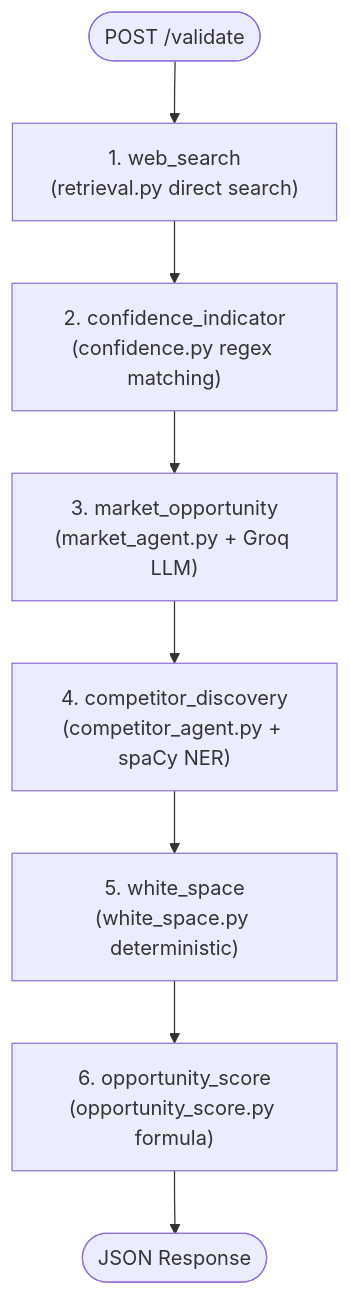
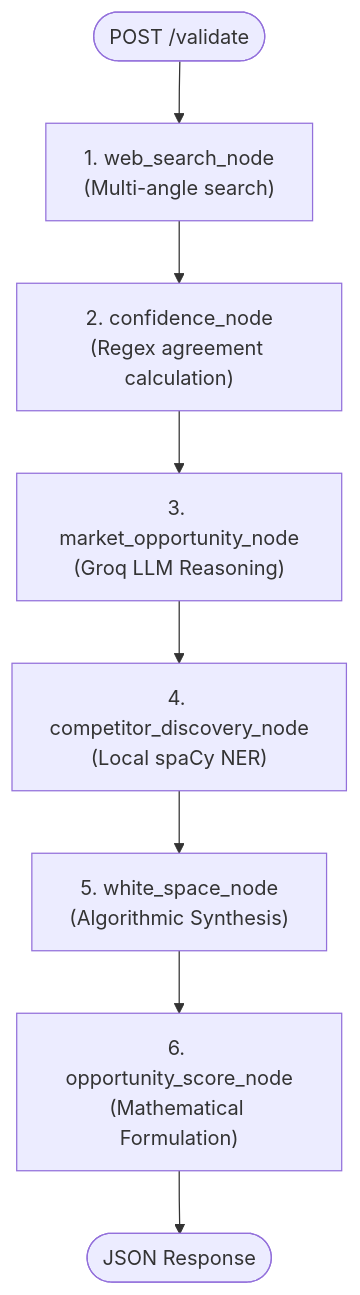
The first of 2 diagrams in docs/prompt-engineering-agent-design.md (Yasaswini-ch/Development-of-AI-Based-Startup-Idea-Validator-with-Market-Analysis-Assistance), drawn with Mermaid before and after one commit. The commit also changed other lines of this file and 6 other files, not shown here.

````diff
--- a/docs/prompt-engineering-agent-design.md
+++ b/docs/prompt-engineering-agent-design.md
@@ -24,10 +35,10 @@
 ```mermaid
 flowchart TD
-    Request(["POST /validate"]) --> WebSearch["1. web_search\n(retrieval.py direct search)"]
-    WebSearch --> Confidence["2. confidence_indicator\n(confidence.py regex matching)"]
-    Confidence --> MarketAgent["3. market_opportunity\n(market_agent.py + Groq LLM)"]
-    MarketAgent --> CompetitorAgent["4. competitor_discovery\n(competitor_agent.py + spaCy NER)"]
-    CompetitorAgent --> WhiteSpace["5. white_space\n(white_space.py deterministic)"]
-    WhiteSpace --> OppScore["6. opportunity_score\n(opportunity_score.py formula)"]
+    Request(["POST /validate"]) --> WebSearch["1. web_search_node\n(Multi-angle search)"]
+    WebSearch --> Confidence["2. confidence_node\n(Regex agreement calculation)"]
+    Confidence --> MarketAgent["3. market_opportunity_node\n(Groq LLM Reasoning)"]
+    MarketAgent --> CompetitorAgent["4. competitor_discovery_node\n(Local spaCy NER)"]
+    CompetitorAgent --> WhiteSpace["5. white_space_node\n(Algorithmic Synthesis)"]
+    WhiteSpace --> OppScore["6. opportunity_score_node\n(Mathematical Formulation)"]
     OppScore --> Response(["JSON Response"])
 ```
````
